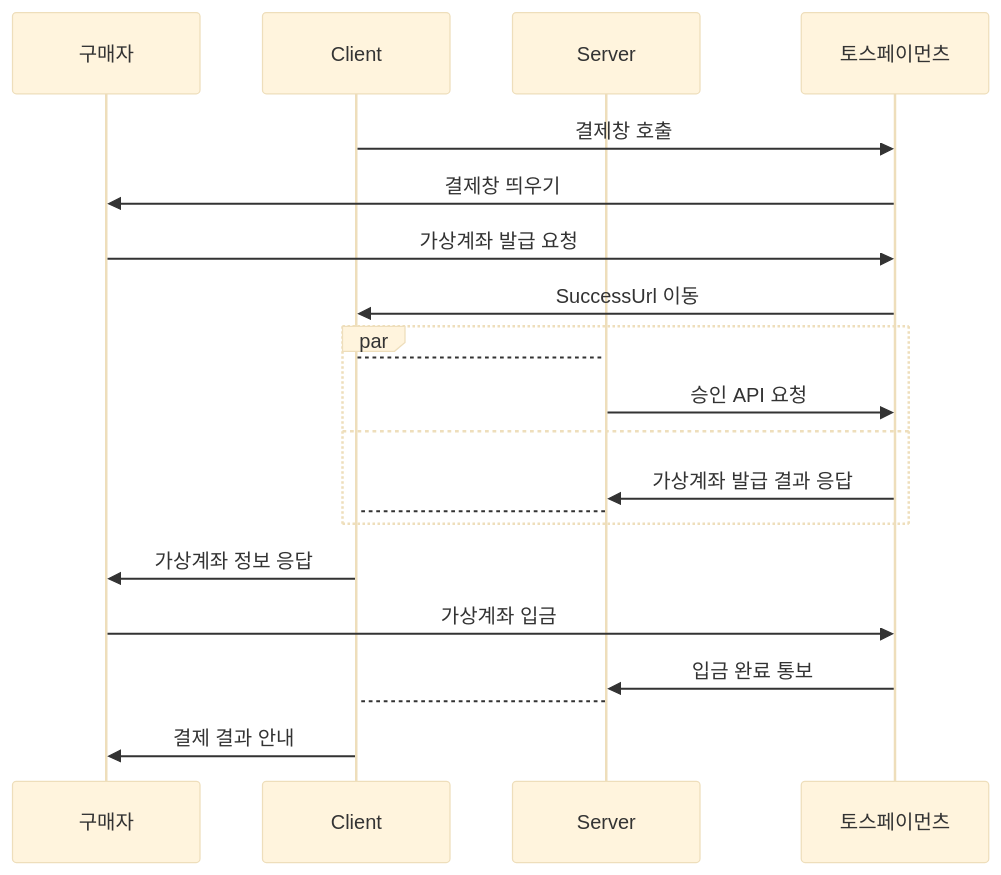
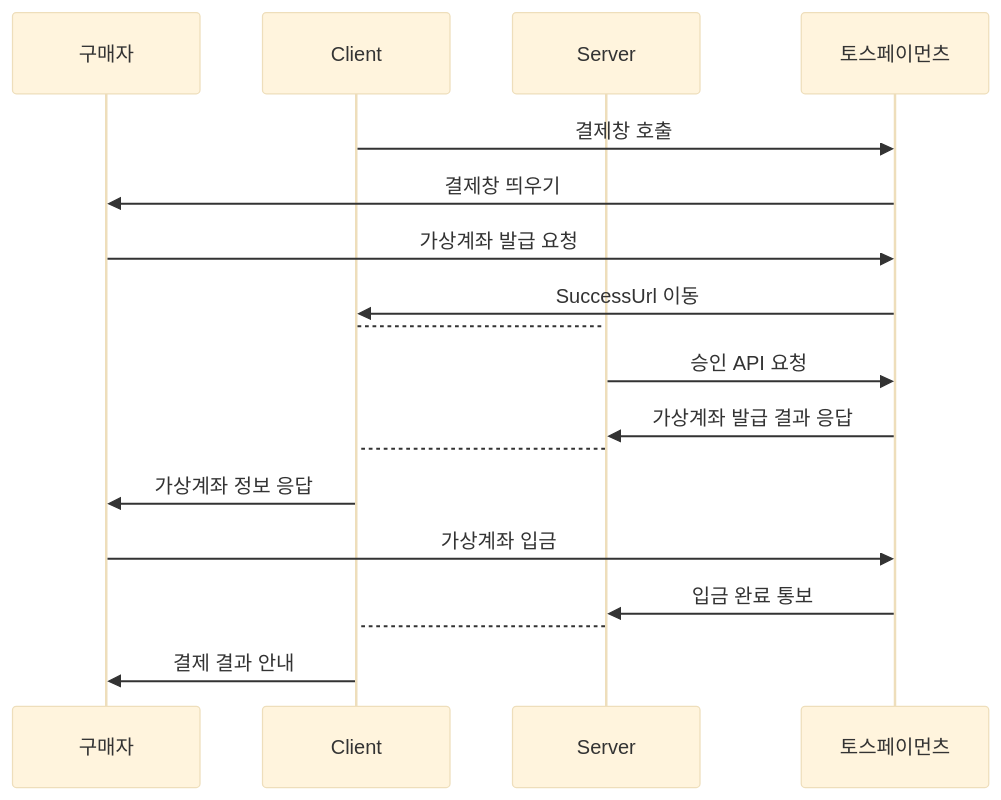
The sixth of 6 diagrams in README.md (sumin2eee/NBE2_2_Team6), drawn with Mermaid (base theme) before and after one commit.

````diff
--- a/README.md
+++ b/README.md
@@ -126,24 +126,24 @@
 ```mermaid
 sequenceDiagram
     participant Buyer as 구매자
     participant Client
     participant Server
     participant PaymentGateway as 토스페이먼츠
 
     Client->>PaymentGateway: 결제창 호출
     PaymentGateway->>Buyer: 결제창 띄우기
     Buyer->>PaymentGateway: 가상계좌 발급 요청
     PaymentGateway->>Client: SuccessUrl 이동 
-    par
+   
         Client-->Server: 
         Server->>PaymentGateway: 승인 API 요청 
-    and
+   
         PaymentGateway->>Server: 가상계좌 발급 결과 응답
         Server-->Client: 
-    end 
+   
     Client->>Buyer: 가상계좌 정보 응답 
     Buyer->>PaymentGateway: 가상계좌 입금
     PaymentGateway->>Server: 입금 완료 통보
     Server-->Client: 
     Client->>Buyer: 결제 결과 안내
 ```
````
